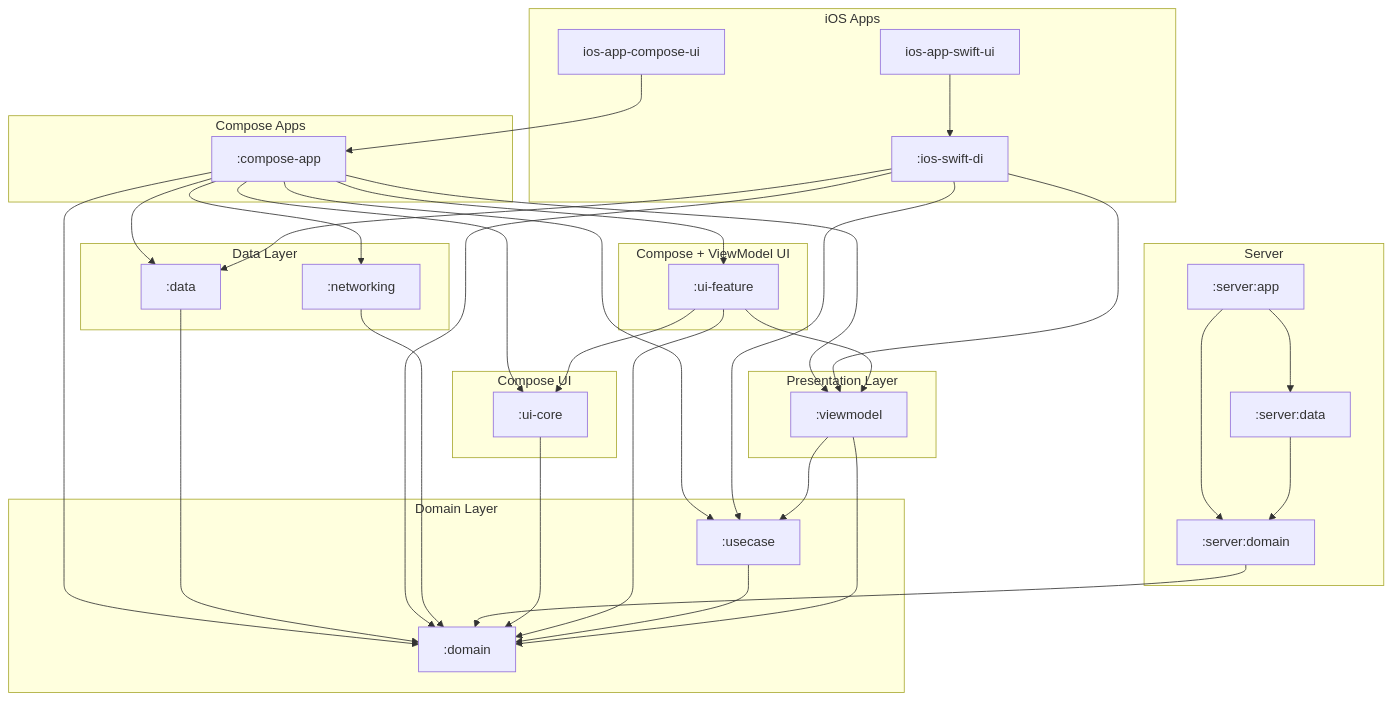
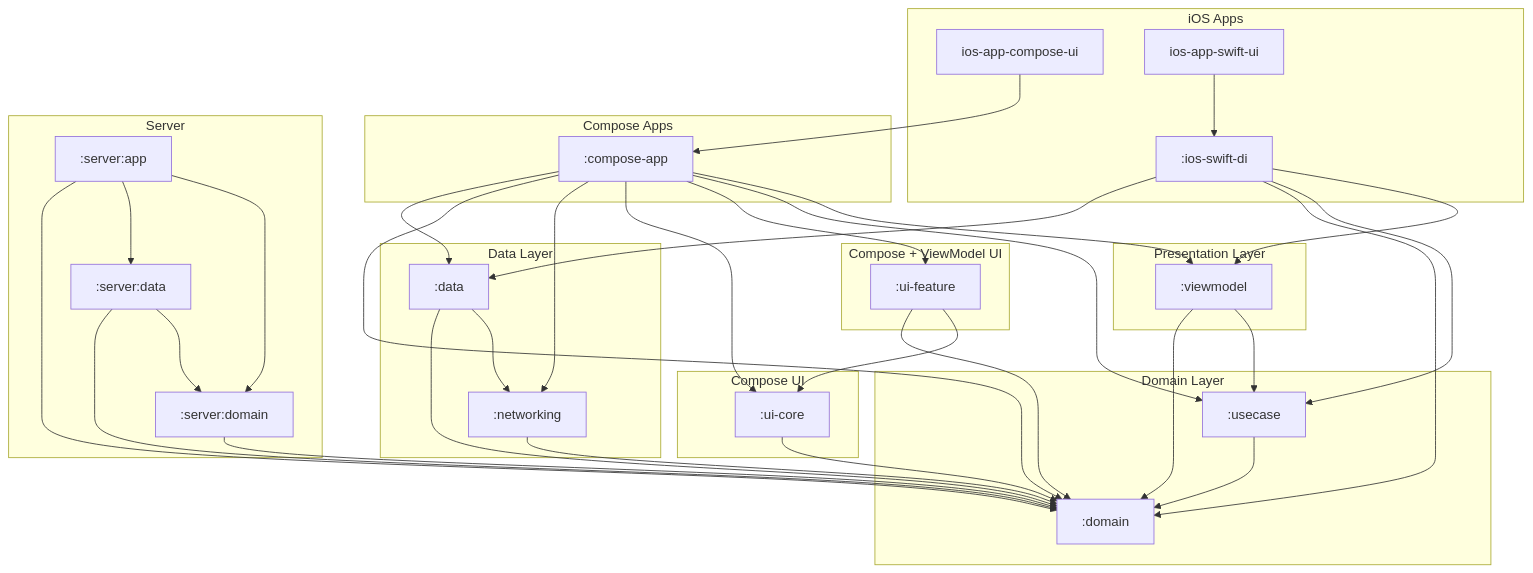
One commit to cartland/battery-butler changed the diagram in docs/diagrams/full_system_structure.mmd. Above: the diagram before and after it, drawn with Mermaid. The commit also changed 3 other files, not shown here.

First line of the commit message:
Docs: Update architecture diagrams

```diff
--- a/docs/diagrams/full_system_structure.mmd
+++ b/docs/diagrams/full_system_structure.mmd
@@ -1,78 +1,80 @@
 graph TD
     subgraph "iOS Apps"
         IosSwiftDi[":ios-swift-di"]
         IosAppComposeUi["ios-app-compose-ui"]
         IosAppSwiftUi["ios-app-swift-ui"]
     end
 
     subgraph "Compose Apps"
         ComposeApp[":compose-app"]
     end
 
     subgraph "Server"
         ServerApp[":server:app"]
         ServerData[":server:data"]
         ServerDomain[":server:domain"]
     end
 
     subgraph "Compose UI"
         UiCore[":ui-core"]
     end
 
     subgraph "Compose + ViewModel UI"
         UiFeature[":ui-feature"]
     end
 
     subgraph "Presentation Layer"
         Viewmodel[":viewmodel"]
     end
 
     subgraph "Domain Layer"
         Domain[":domain"]
         Usecase[":usecase"]
     end
 
     subgraph "Data Layer"
         Data[":data"]
         Networking[":networking"]
     end
 
     %% Dependencies
     ComposeApp --> Data
     ComposeApp --> Domain
     ComposeApp --> Networking
     ComposeApp --> UiCore
     ComposeApp --> UiFeature
     ComposeApp --> Usecase
     ComposeApp --> Viewmodel
 
     Data --> Domain
+    Data --> Networking
 
     IosSwiftDi --> Data
     IosSwiftDi --> Domain
     IosSwiftDi --> Usecase
     IosSwiftDi --> Viewmodel
 
     Networking --> Domain
 
+    ServerApp --> Domain
     ServerApp --> ServerData
     ServerApp --> ServerDomain
 
+    ServerData --> Domain
     ServerData --> ServerDomain
 
     ServerDomain --> Domain
 
     UiCore --> Domain
 
     UiFeature --> Domain
     UiFeature --> UiCore
-    UiFeature --> Viewmodel
 
     Usecase --> Domain
 
     Viewmodel --> Domain
     Viewmodel --> Usecase
 
     IosAppComposeUi --> ComposeApp
 
     IosAppSwiftUi --> IosSwiftDi
```
